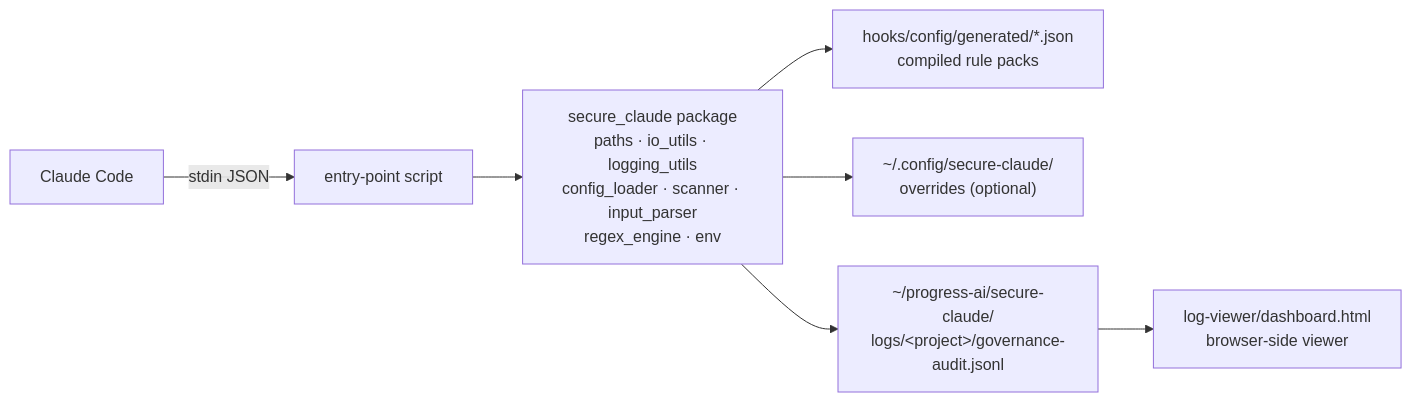
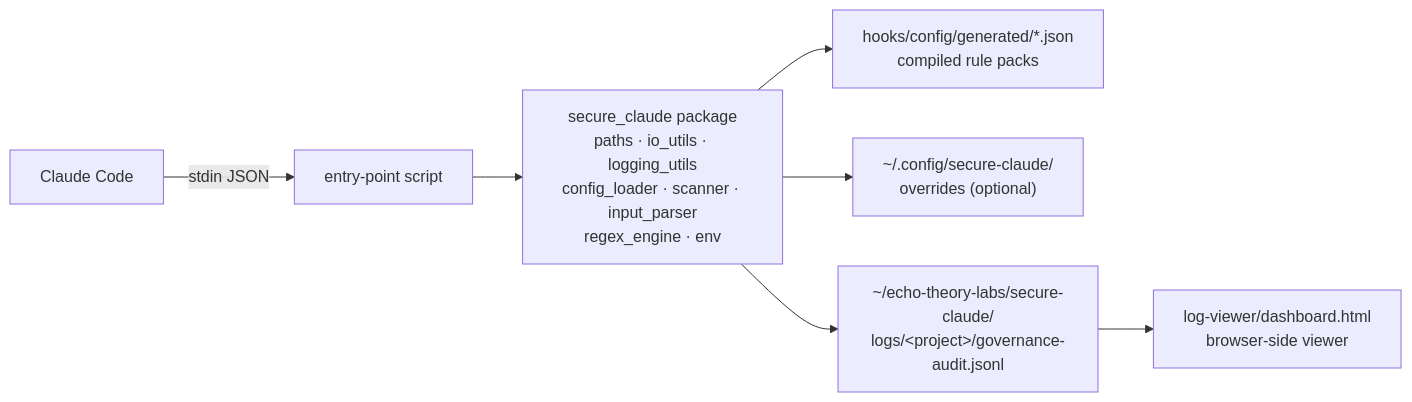
The first of 2 diagrams in docs-site/guide/architecture.md (echotheorylabsai/echo-claude-dev), drawn with Mermaid before and after one commit. The commit also changed 20 other files, not shown here.

First line of the commit message:
chore: rename audit log directory progress-ai → echo-theory-labs

````diff
--- a/docs-site/guide/architecture.md
+++ b/docs-site/guide/architecture.md
@@ -5,9 +5,9 @@
 ```mermaid
 flowchart LR
     CC[Claude Code] -->|stdin JSON| EP[entry-point script]
     EP --> PKG[secure_claude package<br/>paths · io_utils · logging_utils<br/>config_loader · scanner · input_parser<br/>regex_engine · env]
     PKG --> CFG[hooks/config/generated/*.json<br/>compiled rule packs]
     PKG --> OVR["~/.config/secure-claude/<br/>overrides (optional)"]
-    PKG --> LOG["~/progress-ai/secure-claude/<br/>logs/&lt;project&gt;/governance-audit.jsonl"]
+    PKG --> LOG["~/echo-theory-labs/secure-claude/<br/>logs/&lt;project&gt;/governance-audit.jsonl"]
     LOG --> DASH[log-viewer/dashboard.html<br/>browser-side viewer]
 ```
````
